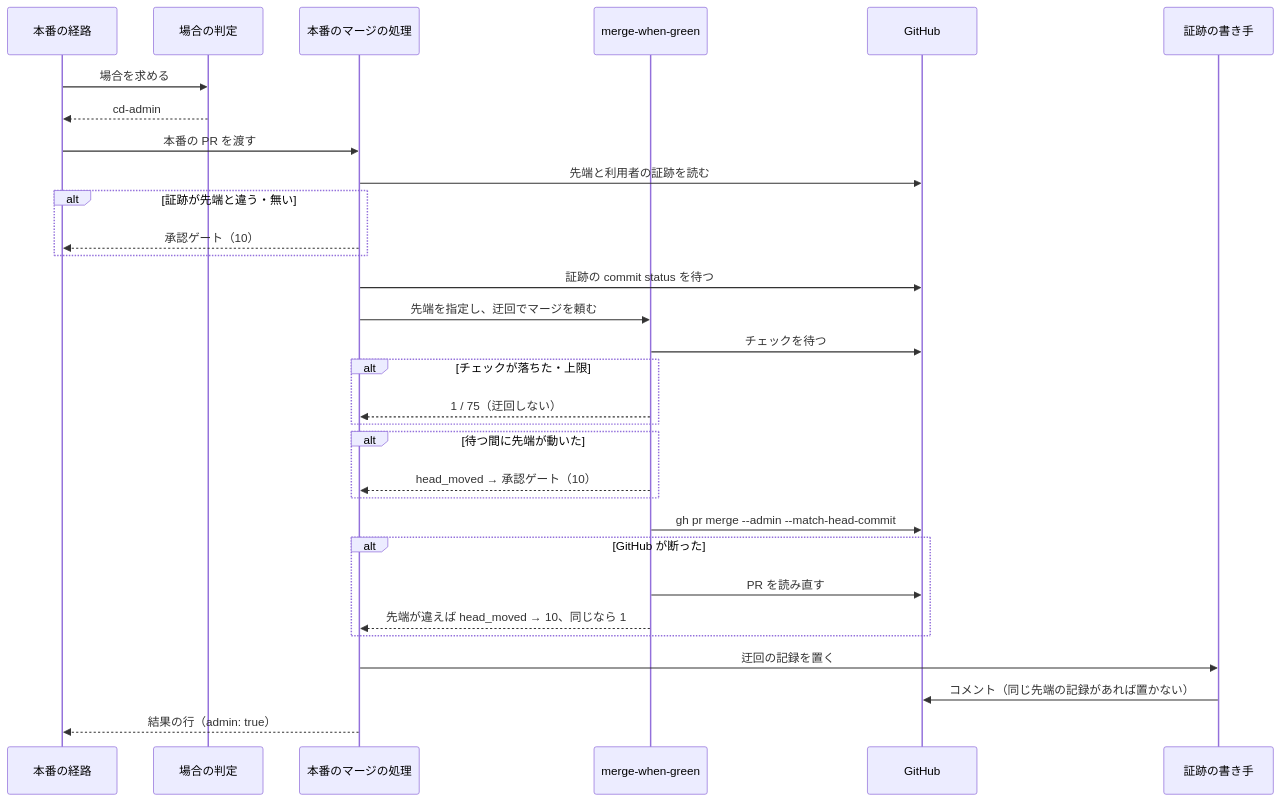
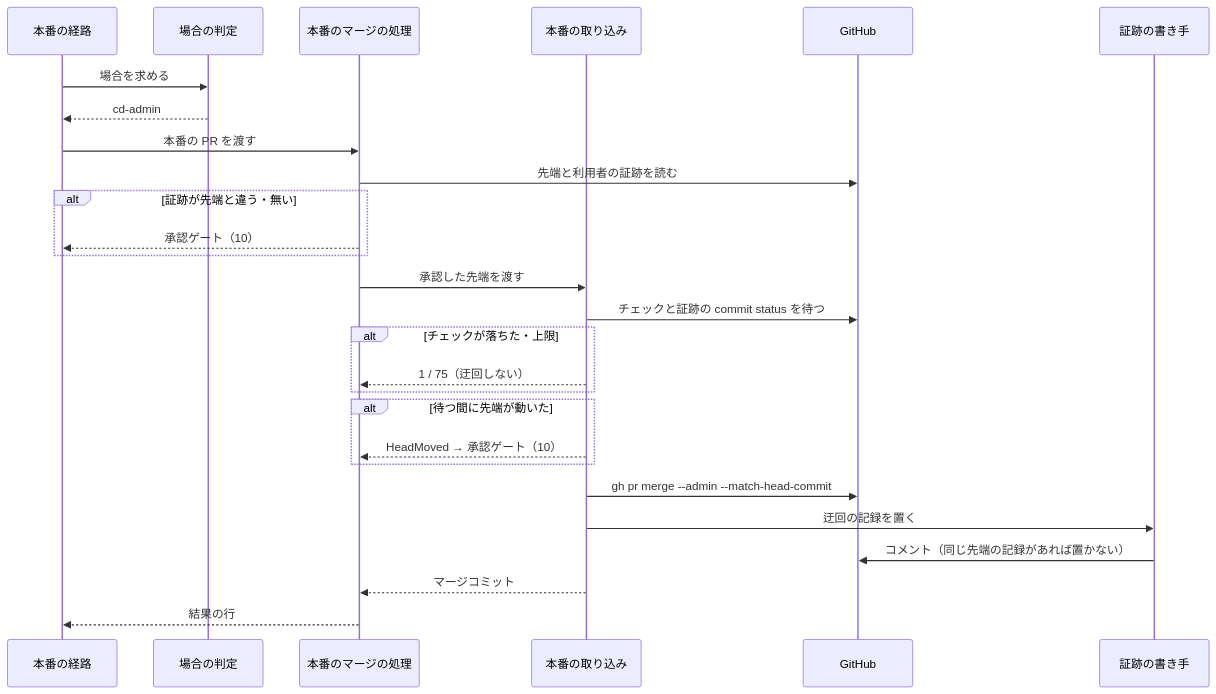
One commit to devbasex/ai-plugins changed the diagram in docs/specifications/ndf-release-production-admin-merge.md. Above: the diagram before and after it, drawn with Mermaid. The commit also changed other lines of this file and 3 other files, not shown here.

````diff
--- a/docs/specifications/ndf-release-production-admin-merge.md
+++ b/docs/specifications/ndf-release-production-admin-merge.md
@@ -82,33 +82,29 @@
 ```mermaid
 sequenceDiagram
   participant S as 本番の経路
   participant C as 場合の判定
   participant M as 本番のマージの処理
-  participant W as merge-when-green
+  participant W as 本番の取り込み
   participant G as GitHub
   participant T as 証跡の書き手
   S->>C: 場合を求める
   C-->>S: cd-admin
   S->>M: 本番の PR を渡す
   M->>G: 先端と利用者の証跡を読む
   alt 証跡が先端と違う・無い
     M-->>S: 承認ゲート（10）
   end
-  M->>G: 証跡の commit status を待つ
-  M->>W: 先端を指定し、迂回でマージを頼む
-  W->>G: チェックを待つ
+  M->>W: 承認した先端を渡す
+  W->>G: チェックと証跡の commit status を待つ
   alt チェックが落ちた・上限
     W-->>M: 1 / 75（迂回しない）
   end
   alt 待つ間に先端が動いた
-    W-->>M: head_moved → 承認ゲート（10）
+    W-->>M: HeadMoved → 承認ゲート（10）
   end
   W->>G: gh pr merge --admin --match-head-commit
-  alt GitHub が断った
-    W->>G: PR を読み直す
-    W-->>M: 先端が違えば head_moved → 10、同じなら 1
-  end
-  M->>T: 迂回の記録を置く
+  W->>T: 迂回の記録を置く
   T->>G: コメント（同じ先端の記録があれば置かない）
-  M-->>S: 結果の行（admin: true）
+  W-->>M: マージコミット
+  M-->>S: 結果の行
 ```
````
